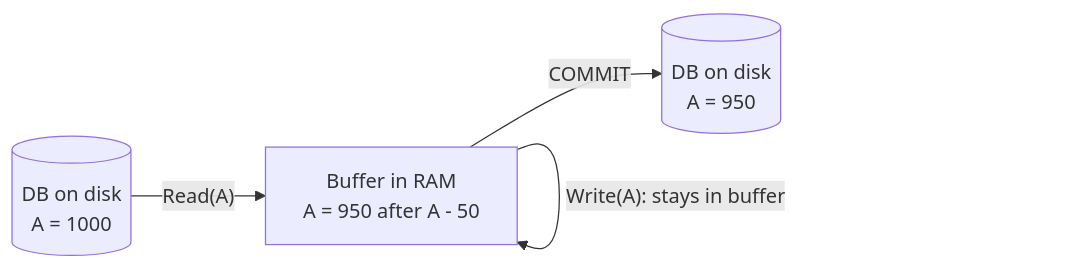
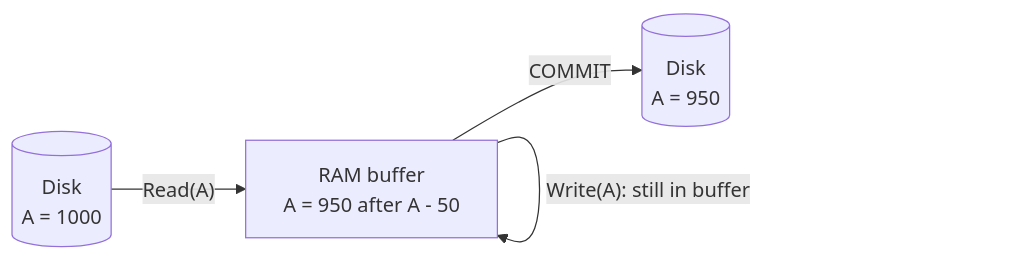
The second of 7 diagrams in dbms/12-transaction.md (aaryan-pradhan/core-cs-fundamentals), drawn with Mermaid before and after one commit. The commit also changed other lines of this file, not shown here.

````diff
--- a/dbms/12-transaction.md
+++ b/dbms/12-transaction.md
@@ -40,6 +27,6 @@
 ```mermaid
 flowchart LR
-  D[("DB on disk<br/>A = 1000")] -- "Read(A)" --> B["Buffer in RAM<br/>A = 950 after A - 50"]
-  B -- "Write(A): stays in buffer" --> B
-  B -- "COMMIT" --> D2[("DB on disk<br/>A = 950")]
+  D[("Disk<br/>A = 1000")] -->|"Read(A)"| B["RAM buffer<br/>A = 950 after A - 50"]
+  B -->|"Write(A): still in buffer"| B
+  B -->|"COMMIT"| D2[("Disk<br/>A = 950")]
 ```
````
